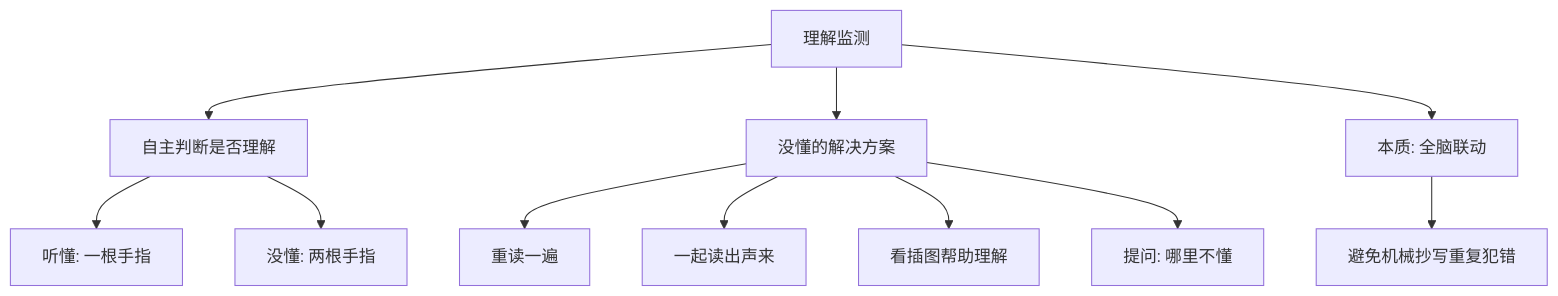
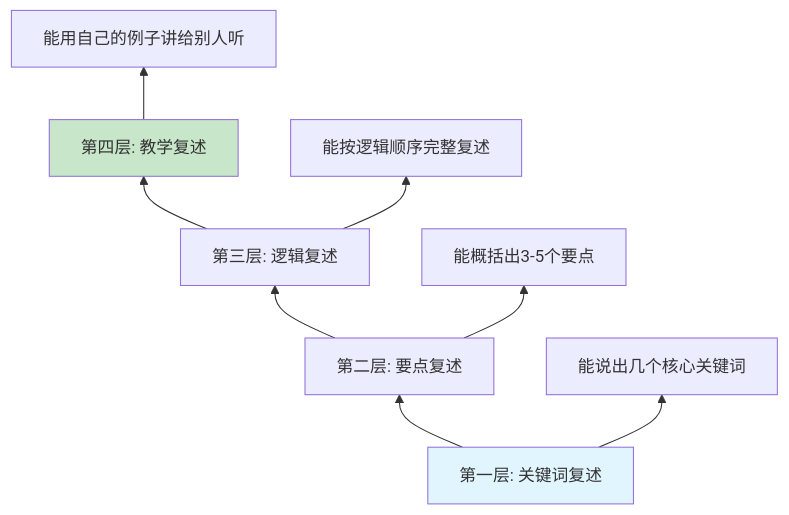
Before and after one commit to chongyang211/YCBookBlog: the seventh of 12 diagrams in 10.自我进阶提升书/06.语言沟通的演进/6.3理解能力的锻炼.md, drawn with Mermaid. The commit also changed other lines of this file, not shown here.

````diff
--- a/10.自我进阶提升书/06.语言沟通的演进/6.3理解能力的锻炼.md
+++ b/10.自我进阶提升书/06.语言沟通的演进/6.3理解能力的锻炼.md
@@ -155,13 +209,12 @@
 ```mermaid
-graph TD
-    A[理解监测] --> B[自主判断是否理解]
-    B --> B1[听懂: 一根手指]
-    B --> B2[没懂: 两根手指]
-    A --> C[没懂的解决方案]
-    C --> C1[重读一遍]
-    C --> C2[一起读出声来]
-    C --> C3[看插图帮助理解]
-    C --> C4[提问: 哪里不懂]
-    A --> D[本质: 全脑联动]
-    D --> D1[避免机械抄写重复犯错]
+graph BT
+    A[第一层: 关键词复述] --> B[第二层: 要点复述]
+    B --> C[第三层: 逻辑复述]
+    C --> D[第四层: 教学复述]
+    A --> A1[能说出几个核心关键词]
+    B --> B1[能概括出3-5个要点]
+    C --> C1[能按逻辑顺序完整复述]
+    D --> D1[能用自己的例子讲给别人听]
+    style A fill:#e1f5fe
+    style D fill:#c8e6c9
 ```
````
